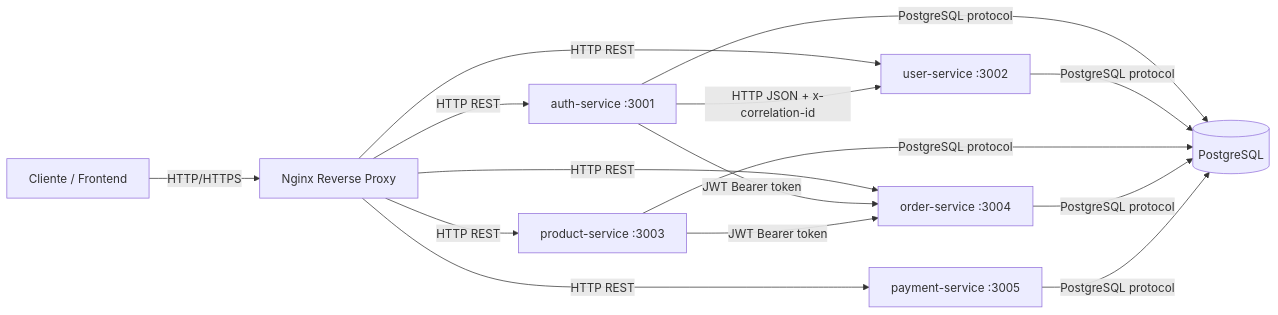
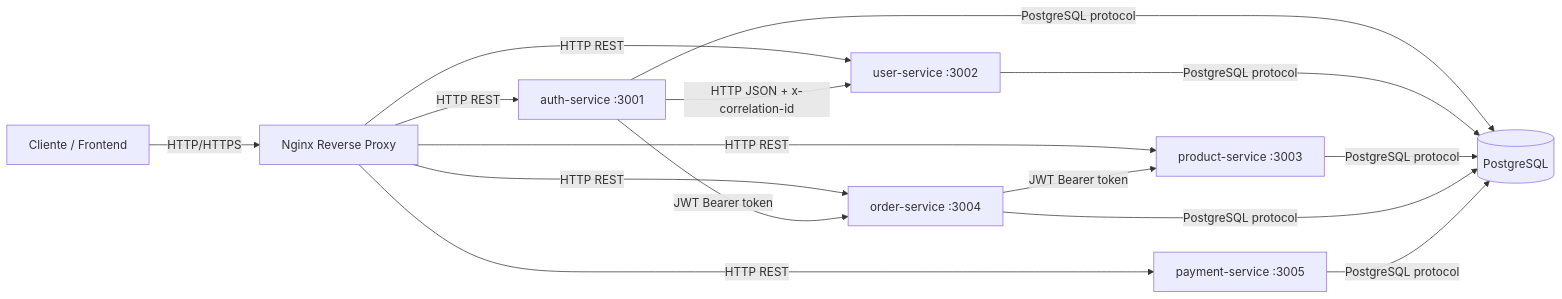
Before and after one commit to Igorsant/ecommerce-microservice: the diagram in docs/arquitetura-consolidada.md, drawn with Mermaid. The commit also changed 2 other files, not shown here.

Commit message:
refactor adrs

````diff
--- a/docs/arquitetura-consolidada.md
+++ b/docs/arquitetura-consolidada.md
@@ -57,20 +57,20 @@
 ```mermaid
 flowchart LR
   Client[Cliente / Frontend] -->|HTTP/HTTPS| Nginx[Nginx Reverse Proxy]
 
   Nginx -->|HTTP REST| Auth[auth-service :3001]
   Nginx -->|HTTP REST| User[user-service :3002]
   Nginx -->|HTTP REST| Product[product-service :3003]
   Nginx -->|HTTP REST| Order[order-service :3004]
   Nginx -->|HTTP REST| Payment[payment-service :3005]
 
   Auth -->|HTTP JSON + x-correlation-id| User
   Auth -->|JWT Bearer token| Order
-  Product -->|JWT Bearer token| Order
+  Order -->|JWT Bearer token| Product
 
   Auth -->|PostgreSQL protocol| DB[(PostgreSQL)]
   User -->|PostgreSQL protocol| DB
   Product -->|PostgreSQL protocol| DB
   Order -->|PostgreSQL protocol| DB
   Payment -->|PostgreSQL protocol| DB
 ```
````
